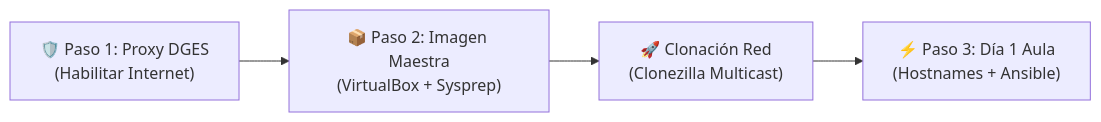
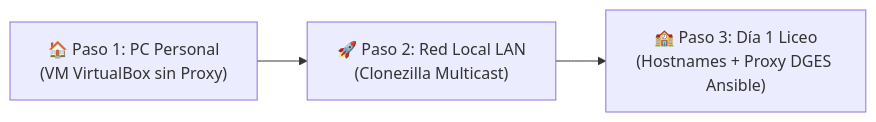
The diagram in README.md (gavafue/POITE-Scripts-SH-DGES), drawn with Mermaid before and after one commit. The commit also changed other lines of this file and 23 other files, not shown here.

Commit message:
feat: interfaz adaptativa por niveles de experiencia del POITE (Básico, Intermedio, Avanzado), flujo en PC personal y despliegue masivo de Proxy DGES post-clonación

````diff
--- a/README.md
+++ b/README.md
@@ -20,6 +43,5 @@
 ```mermaid
 flowchart LR
-    A["🛡️ Paso 1: Proxy DGES\n(Habilitar Internet)"] --> B["📦 Paso 2: Imagen Maestra\n(VirtualBox + Sysprep)"]
-    B --> C["🚀 Clonación Red\n(Clonezilla Multicast)"]
-    C --> D["⚡ Paso 3: Día 1 Aula\n(Hostnames + Ansible)"]
+    A["🏠 Paso 1: PC Personal\n(VM VirtualBox sin Proxy)"] --> B["🚀 Paso 2: Red Local LAN\n(Clonezilla Multicast)"]
+    B --> C["🏫 Paso 3: Día 1 Liceo\n(Hostnames + Proxy DGES Ansible)"]
 ```
````
